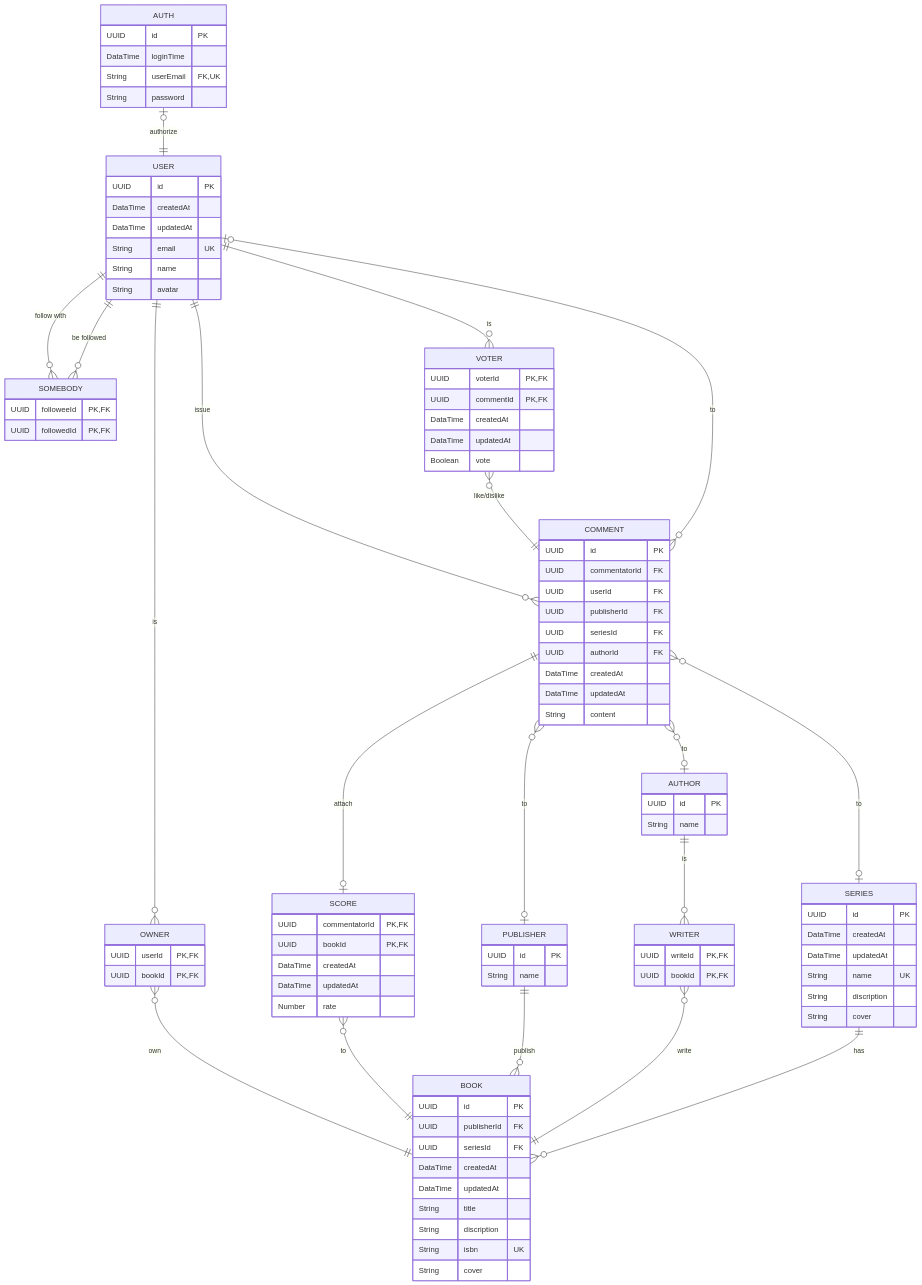
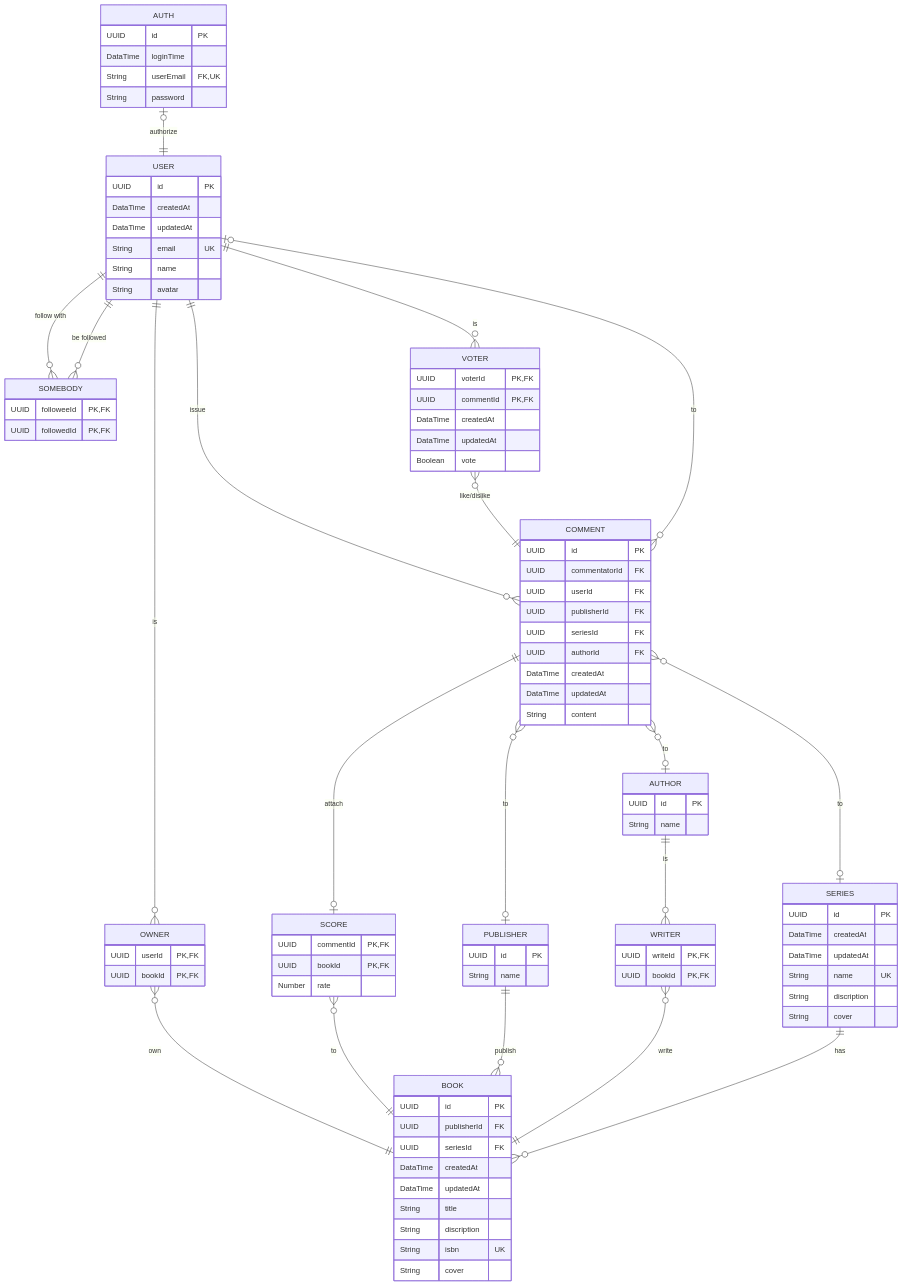
Before and after one commit to mogeko/book-exchange: the diagram in packages/database/README.md, drawn with Mermaid.

Commit message:
docs: it is not necessary to set the `createdAt`/`updatedAt` time for `SCORE`

```diff
--- a/packages/database/README.md
+++ b/packages/database/README.md
@@ -120,10 +120,8 @@
   }
   SCORE }o--|| BOOK : "to"
   SCORE {
-    UUID     commentatorId PK, FK
-    UUID     bookId        PK, FK
-    DataTime createdAt
-    DataTime updatedAt
+    UUID     commentId PK, FK
+    UUID     bookId    PK, FK
     Number   rate
   }
   PUBLISHER ||--o{ BOOK : publish
```
